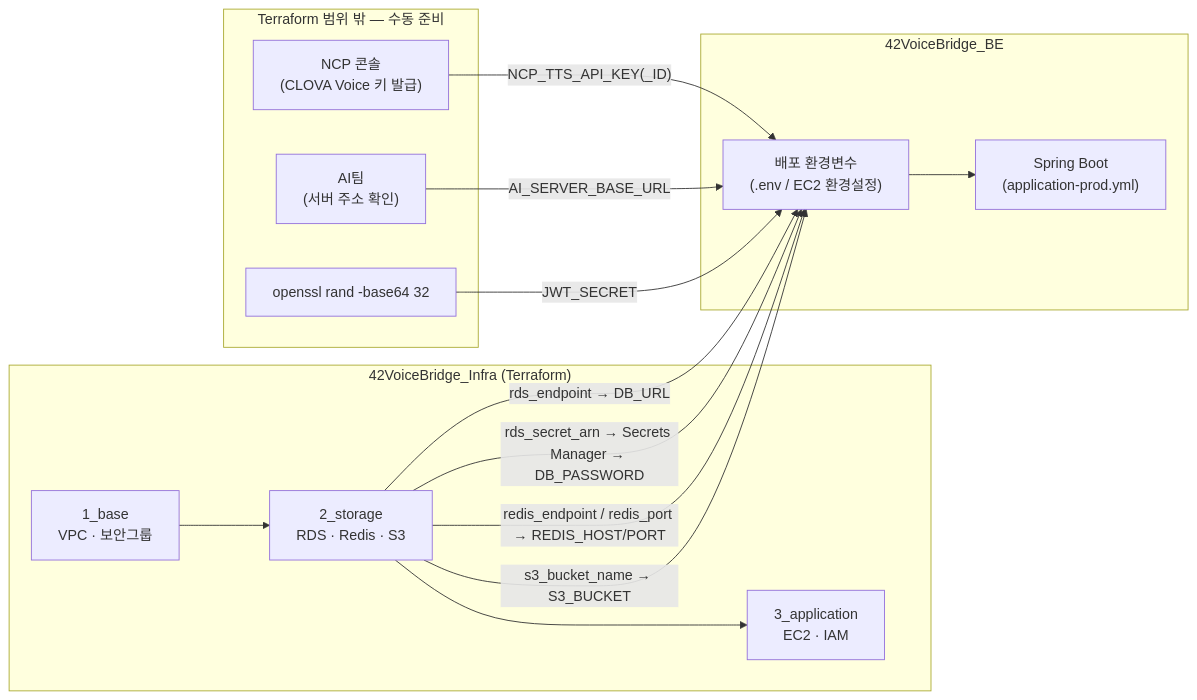
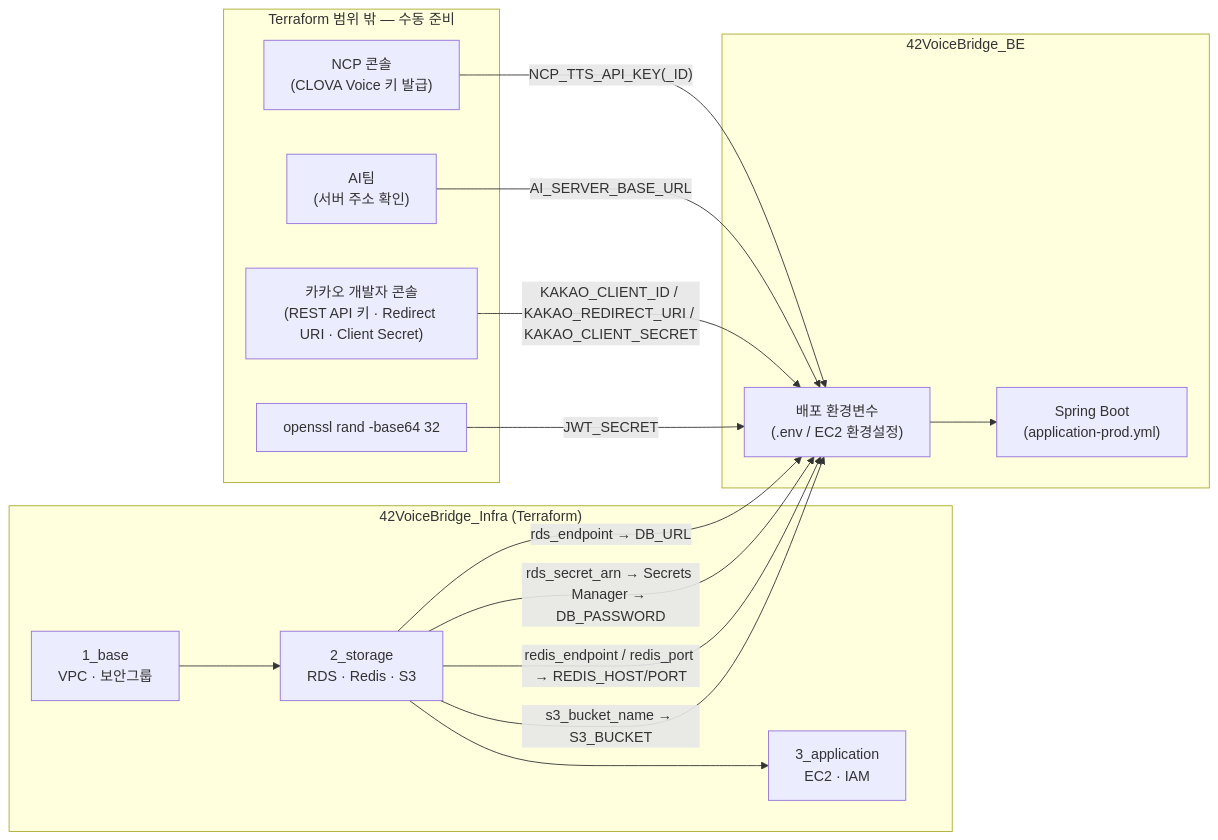
The diagram in docs/DEPLOYMENT.md (42VoiceBridge/42VoiceBridge_BE), drawn with Mermaid before and after one commit. The commit also changed other lines of this file and 10 other files, not shown here.

````diff
--- a/docs/DEPLOYMENT.md
+++ b/docs/DEPLOYMENT.md
@@ -11,29 +11,31 @@
 ```mermaid
 graph LR
     subgraph infra["42VoiceBridge_Infra (Terraform)"]
         L1["1_base<br/>VPC · 보안그룹"]
         L2["2_storage<br/>RDS · Redis · S3"]
         L3["3_application<br/>EC2 · IAM"]
         L1 --> L2 --> L3
     end
 
     subgraph manual["Terraform 범위 밖 — 수동 준비"]
         NCP["NCP 콘솔<br/>(CLOVA Voice 키 발급)"]
         AITEAM["AI팀<br/>(서버 주소 확인)"]
+        KAKAO["카카오 개발자 콘솔<br/>(REST API 키 · Redirect URI · Client Secret)"]
         OPENSSL["openssl rand -base64 32"]
     end
 
     subgraph be["42VoiceBridge_BE"]
         ENV["배포 환경변수<br/>(.env / EC2 환경설정)"]
         SPRING["Spring Boot<br/>(application-prod.yml)"]
         ENV --> SPRING
     end
 
     L2 -- "rds_endpoint → DB_URL" --> ENV
     L2 -- "rds_secret_arn → Secrets Manager → DB_PASSWORD" --> ENV
     L2 -- "redis_endpoint / redis_port → REDIS_HOST/PORT" --> ENV
     L2 -- "s3_bucket_name → S3_BUCKET" --> ENV
     NCP -- "NCP_TTS_API_KEY(_ID)" --> ENV
     AITEAM -- "AI_SERVER_BASE_URL" --> ENV
+    KAKAO -- "KAKAO_CLIENT_ID / KAKAO_REDIRECT_URI / KAKAO_CLIENT_SECRET" --> ENV
     OPENSSL -- "JWT_SECRET" --> ENV
 ```
````
